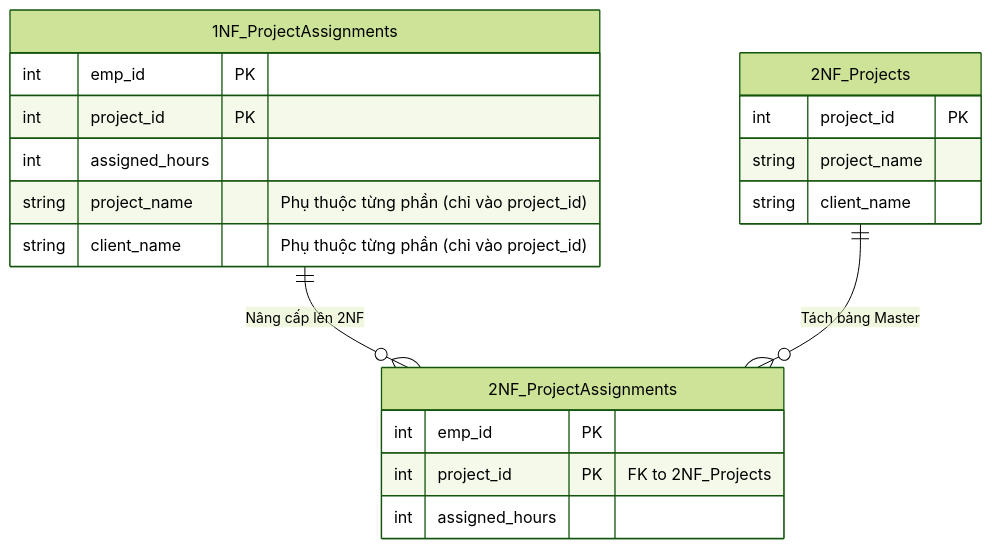
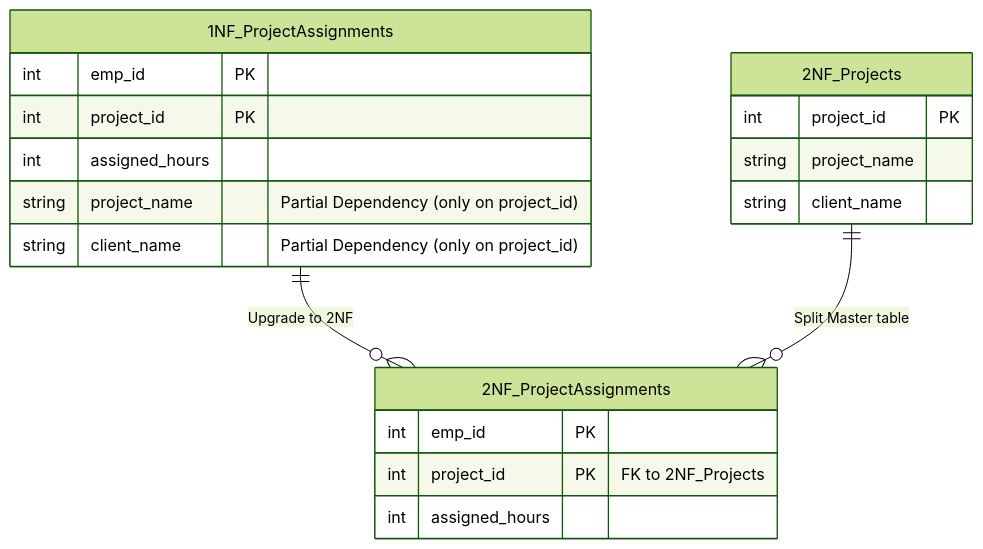
Before and after one commit to ga2631/ga2631.github.io: the diagram in src/data/blog/en/68-2026-09-01-database-design-02-2nf-resolving-partial-dependency.md, drawn with Mermaid (forest theme). The commit also changed other lines of this file and 74 other files, not shown here.

````diff
--- a/src/data/blog/en/68-2026-09-01-database-design-02-2nf-resolving-partial-dependency.md
+++ b/src/data/blog/en/68-2026-09-01-database-design-02-2nf-resolving-partial-dependency.md
@@ -29,25 +29,25 @@
 ```mermaid
 erDiagram
     "1NF_ProjectAssignments" {
         int emp_id PK
         int project_id PK
         int assigned_hours
-        string project_name "Phụ thuộc từng phần (chỉ vào project_id)"
-        string client_name "Phụ thuộc từng phần (chỉ vào project_id)"
+        string project_name "Partial Dependency (only on project_id)"
+        string client_name "Partial Dependency (only on project_id)"
     }
 
     "2NF_Projects" {
         int project_id PK
         string project_name
         string client_name
     }
 
     "2NF_ProjectAssignments" {
         int emp_id PK
         int project_id PK "FK to 2NF_Projects"
         int assigned_hours
     }
 
-    "1NF_ProjectAssignments" ||--o{ "2NF_ProjectAssignments" : "Nâng cấp lên 2NF"
-    "2NF_Projects" ||--o{ "2NF_ProjectAssignments" : "Tách bảng Master"
+    "1NF_ProjectAssignments" ||--o{ "2NF_ProjectAssignments" : "Upgrade to 2NF"
+    "2NF_Projects" ||--o{ "2NF_ProjectAssignments" : "Split Master table"
 ```
````
